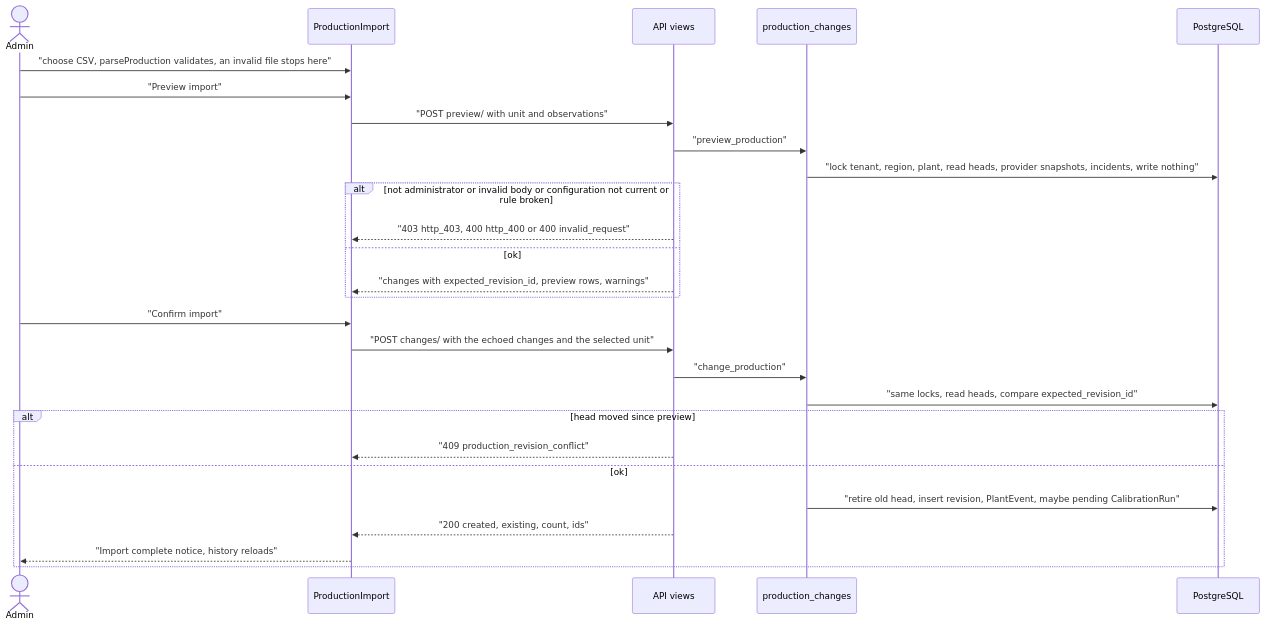
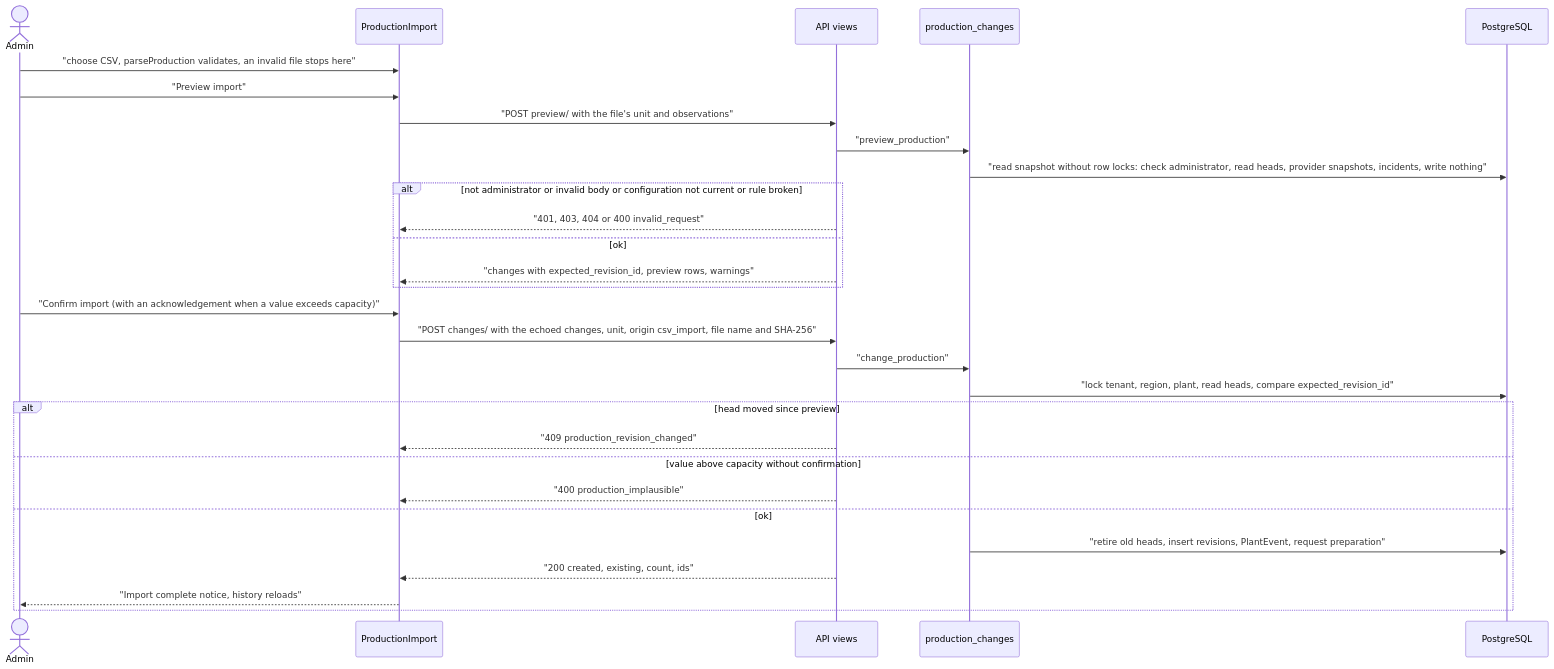
Before and after one commit to erkurtharun/pyracast: the diagram in docs/flows/production-csv-import.md, drawn with Mermaid. The commit also changed other lines of this file and 85 other files, not shown here.

First line of the commit message:
Bring the flow pages in line with the code (#107)

````diff
--- a/docs/flows/production-csv-import.md
+++ b/docs/flows/production-csv-import.md
@@ -14,29 +14,31 @@
 ```mermaid
 sequenceDiagram
     actor A as Admin
     participant UI as ProductionImport
     participant V as API views
     participant P as production_changes
     participant DB as PostgreSQL
     A->>UI: "choose CSV, parseProduction validates, an invalid file stops here"
     A->>UI: "Preview import"
-    UI->>V: "POST preview/ with unit and observations"
+    UI->>V: "POST preview/ with the file's unit and observations"
     V->>P: "preview_production"
-    P->>DB: "lock tenant, region, plant, read heads, provider snapshots, incidents, write nothing"
+    P->>DB: "read snapshot without row locks: check administrator, read heads, provider snapshots, incidents, write nothing"
     alt not administrator or invalid body or configuration not current or rule broken
-        V-->>UI: "403 http_403, 400 http_400 or 400 invalid_request"
+        V-->>UI: "401, 403, 404 or 400 invalid_request"
     else ok
         V-->>UI: "changes with expected_revision_id, preview rows, warnings"
     end
-    A->>UI: "Confirm import"
-    UI->>V: "POST changes/ with the echoed changes and the selected unit"
+    A->>UI: "Confirm import (with an acknowledgement when a value exceeds capacity)"
+    UI->>V: "POST changes/ with the echoed changes, unit, origin csv_import, file name and SHA-256"
     V->>P: "change_production"
-    P->>DB: "same locks, read heads, compare expected_revision_id"
+    P->>DB: "lock tenant, region, plant, read heads, compare expected_revision_id"
     alt head moved since preview
-        V-->>UI: "409 production_revision_conflict"
+        V-->>UI: "409 production_revision_changed"
+    else value above capacity without confirmation
+        V-->>UI: "400 production_implausible"
     else ok
-        P->>DB: "retire old head, insert revision, PlantEvent, maybe pending CalibrationRun"
+        P->>DB: "retire old heads, insert revisions, PlantEvent, request preparation"
         V-->>UI: "200 created, existing, count, ids"
         UI-->>A: "Import complete notice, history reloads"
     end
 ```
````
